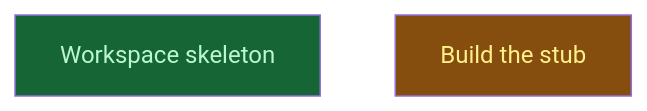
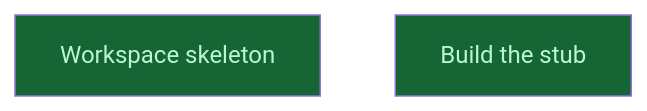
One commit to CrackingShells/cracking-shells-playbook changed the diagram in __roadmap__/m0-feasibility-spike/README.md. Above: the diagram before and after it, drawn with Mermaid. The commit also changed other lines of this file and 3 other files, not shown here.

First line of the commit message:
chore(roadmap): close the m0-feasibility-spike campaign

````diff
--- a/__roadmap__/m0-feasibility-spike/README.md
+++ b/__roadmap__/m0-feasibility-spike/README.md
@@ -50,10 +50,10 @@
 ```mermaid
 graph TD
     workspace_skeleton[Workspace skeleton]:::done
-    build[Build the stub]:::inprogress
+    build[Build the stub]:::done
     classDef done       fill:#166534,color:#bbf7d0
     classDef inprogress fill:#854d0e,color:#fef08a
     classDef planned    fill:#374151,color:#e5e7eb
     classDef amendment  fill:#1e3a5f,color:#bfdbfe
     classDef blocked    fill:#7f1d1d,color:#fecaca
 ```
````
